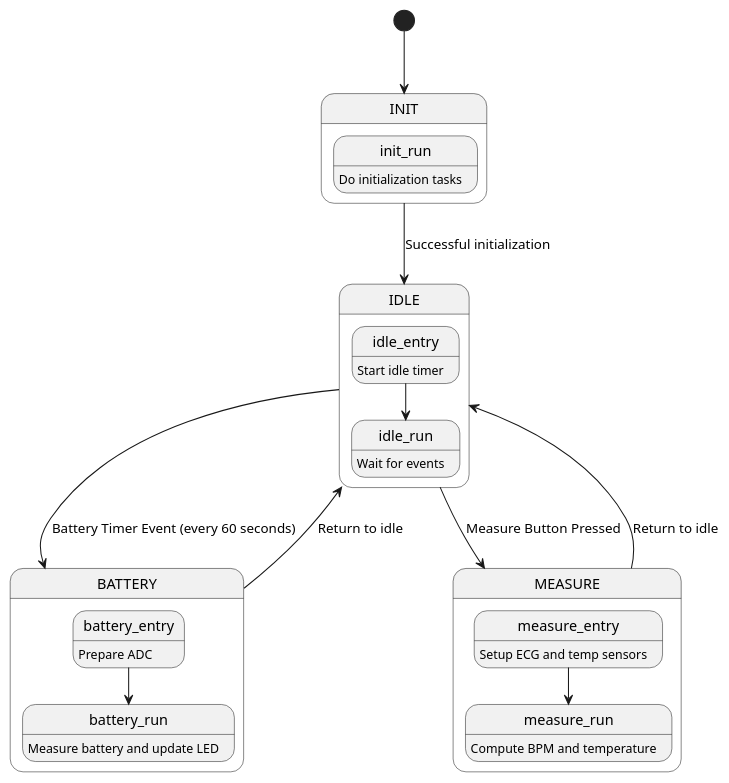
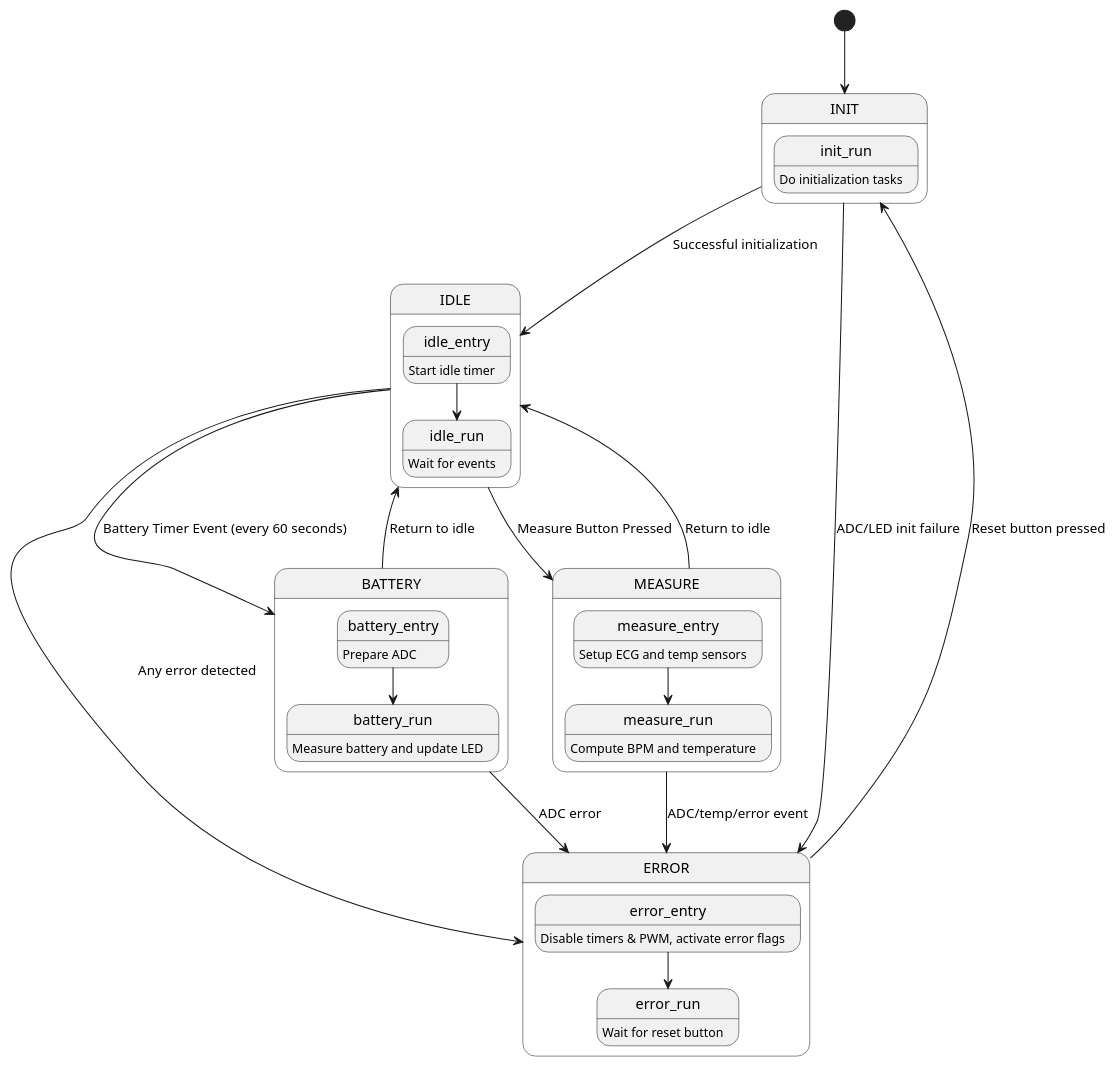
Before and after one commit to ArshSingh02/ecg-temp-ble-project: the diagram in state_diagram.puml, drawn with PlantUML. The commit also changed 1 other file, not shown here.

Commit message:
Updated state diagram. Implemented log_wrn when clear button is pressed with no heart rate measurement.

```diff
--- a/state_diagram.puml
+++ b/state_diagram.puml
@@ -1,35 +1,46 @@
 @startuml
 top to bottom direction
 
 [*] --> INIT
 
 state INIT {
     init_run: Do initialization tasks
 }
 
 INIT --> IDLE : Successful initialization
+INIT --> ERROR : ADC/LED init failure
 
 state IDLE {
     idle_entry: Start idle timer  
     idle_entry --> idle_run
     idle_run: Wait for events  
 }
 
 IDLE --> BATTERY : Battery Timer Event (every 60 seconds)
 IDLE --> MEASURE : Measure Button Pressed
+IDLE --> ERROR : Any error detected
 
 state BATTERY {
     battery_entry: Prepare ADC  
     battery_entry --> battery_run  
     battery_run: Measure battery and update LED  
 }
 BATTERY --> IDLE : Return to idle
+BATTERY --> ERROR : ADC error
 
 state MEASURE {
     measure_entry: Setup ECG and temp sensors  
     measure_entry --> measure_run  
     measure_run: Compute BPM and temperature  
 }
 MEASURE --> IDLE : Return to idle
+MEASURE --> ERROR : ADC/temp/error event
+
+state ERROR {
+    error_entry: Disable timers & PWM, activate error flags
+    error_entry --> error_run
+    error_run: Wait for reset button
+}
+ERROR --> INIT : Reset button pressed
 
 @enduml
```
